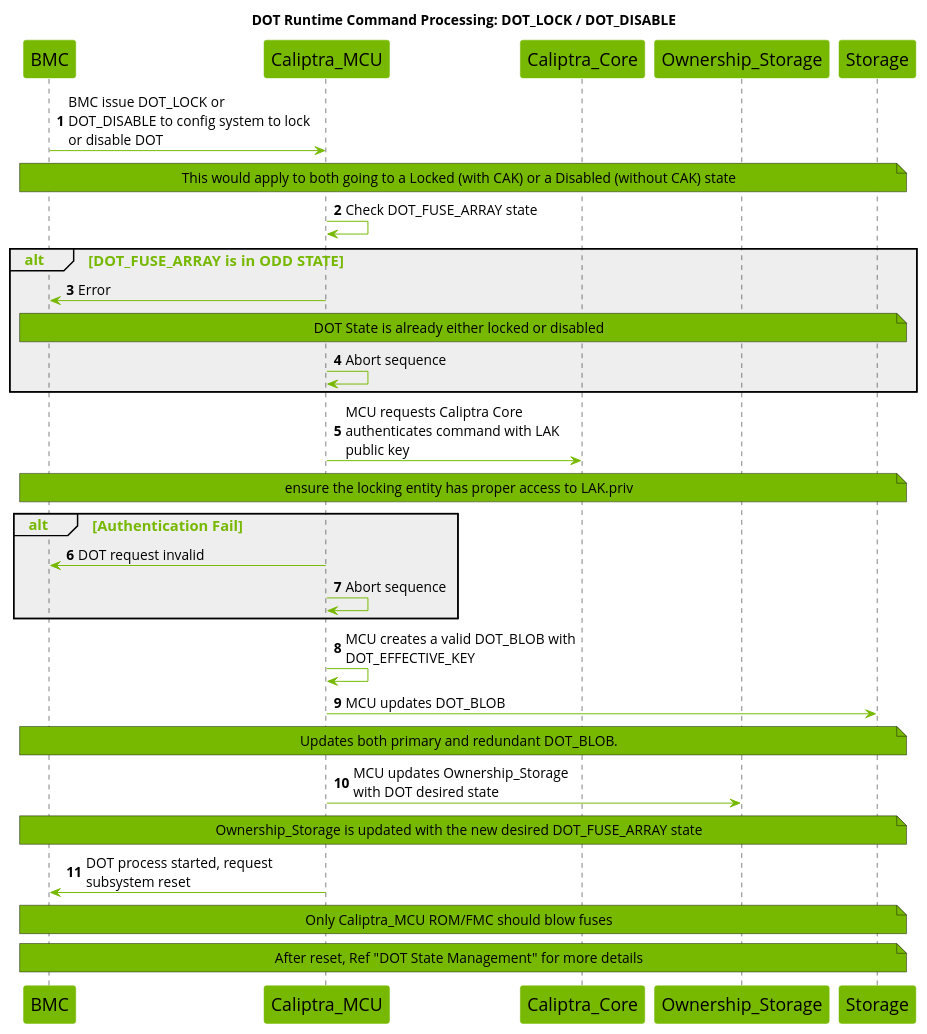
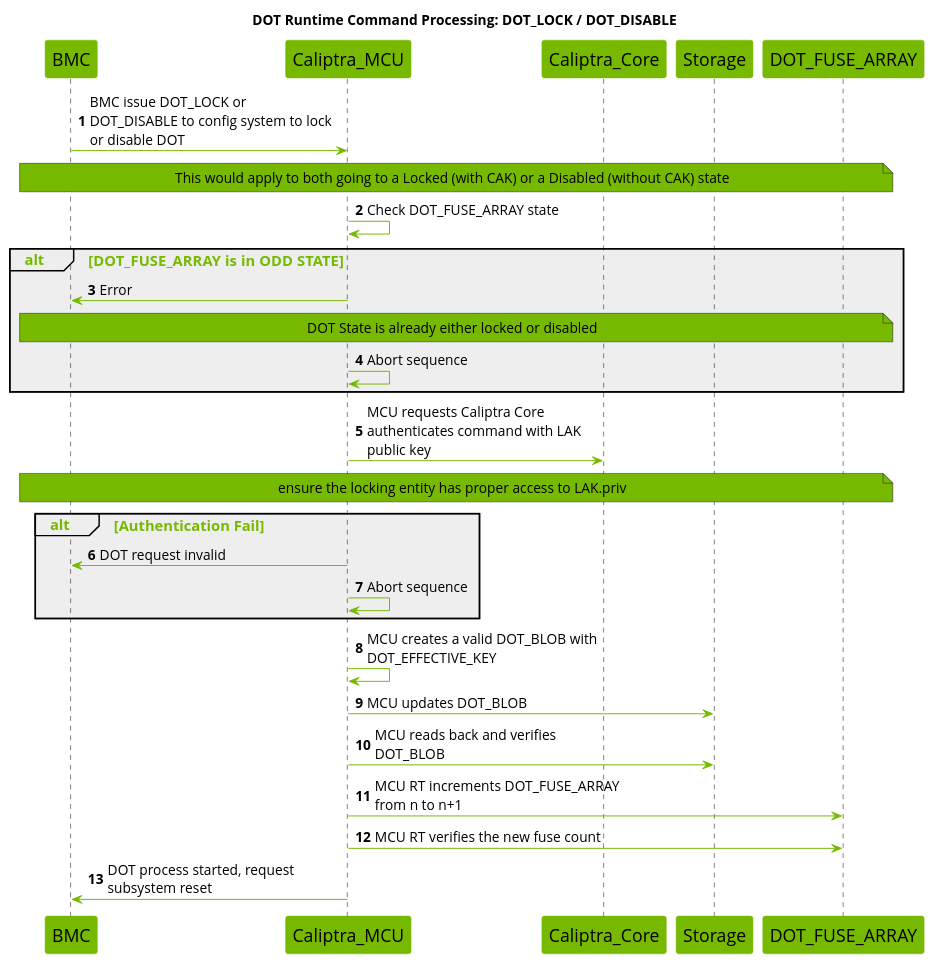
One commit to chipsalliance/caliptra-mcu-sw changed the third of 9 diagrams in docs/src/dot.md. Above: the diagram before and after it, drawn with PlantUML. The commit also changed other lines of this file and 8 other files, not shown here.

Commit message:
dot: document direct runtime command flow

````diff
--- a/docs/src/dot.md
+++ b/docs/src/dot.md
@@ -500,63 +507,61 @@
 ```plantuml
 @startuml
 title DOT Runtime Command Processing: DOT_LOCK / DOT_DISABLE
 
 skinparam maxMessageSize 250
 skinparam wrapWidth 700
 skinparam backgroundColor white
 skinparam NoteBackgroundColor #76b900
 skinparam NoteFontSize 14
 skinparam SequenceGroupBodyBackgroundColor #EEEEEE
 skinparam defaultFontName Open Sans
 
 skinparam sequence {
     ArrowColor #76b900
     ActorBorderColor #76b900
     LifeLineBorderColor #000000
     LifeLineBackgroundColor #76b900
     GroupHeaderFontsize 15
     GroupHeaderFontColor #76b900
     GroupFontSize 15
     GroupFontColor #76b900
     ArrowFontSize 15
     ParticipantBorderColor #76b900
     ParticipantBackgroundColor #76b900
     ParticipantFontSize 18
     ParticipantFontColor black
     ArrowFontSize 14
 }
 
 participant BMC
 participant Caliptra_MCU
 participant Caliptra_Core
-participant Ownership_Storage
 participant Storage
+participant DOT_FUSE_ARRAY
 
 autonumber
 
 
 BMC -> Caliptra_MCU : BMC issue DOT_LOCK or DOT_DISABLE to config system to lock or disable DOT
 note across : This would apply to both going to a Locked (with CAK) or a Disabled (without CAK) state
 Caliptra_MCU -> Caliptra_MCU : Check DOT_FUSE_ARRAY state
 alt DOT_FUSE_ARRAY is in ODD STATE
     Caliptra_MCU -> BMC : Error
     note across : DOT State is already either locked or disabled
     Caliptra_MCU -> Caliptra_MCU : Abort sequence
 end
 Caliptra_MCU -> Caliptra_Core : MCU requests Caliptra Core authenticates command with LAK public key
 note across : ensure the locking entity has proper access to LAK.priv
 alt Authentication Fail
     Caliptra_MCU -> BMC : DOT request invalid
     Caliptra_MCU -> Caliptra_MCU : Abort sequence
 end
 Caliptra_MCU -> Caliptra_MCU : MCU creates a valid DOT_BLOB with DOT_EFFECTIVE_KEY
 Caliptra_MCU -> Storage : MCU updates DOT_BLOB
-note across : Updates both primary and redundant DOT_BLOB.
-Caliptra_MCU -> Ownership_Storage : MCU updates Ownership_Storage with DOT desired state
-note across : Ownership_Storage is updated with the new desired DOT_FUSE_ARRAY state
+Caliptra_MCU -> Storage : MCU reads back and verifies DOT_BLOB
+Caliptra_MCU -> DOT_FUSE_ARRAY : MCU RT increments DOT_FUSE_ARRAY from n to n+1
+Caliptra_MCU -> DOT_FUSE_ARRAY : MCU RT verifies the new fuse count
 Caliptra_MCU -> BMC : DOT process started, request subsystem reset
-note across : Only Caliptra_MCU ROM/FMC should blow fuses
-note across : After reset, Ref "DOT State Management" for more details
 
 @enduml
 ```
````
